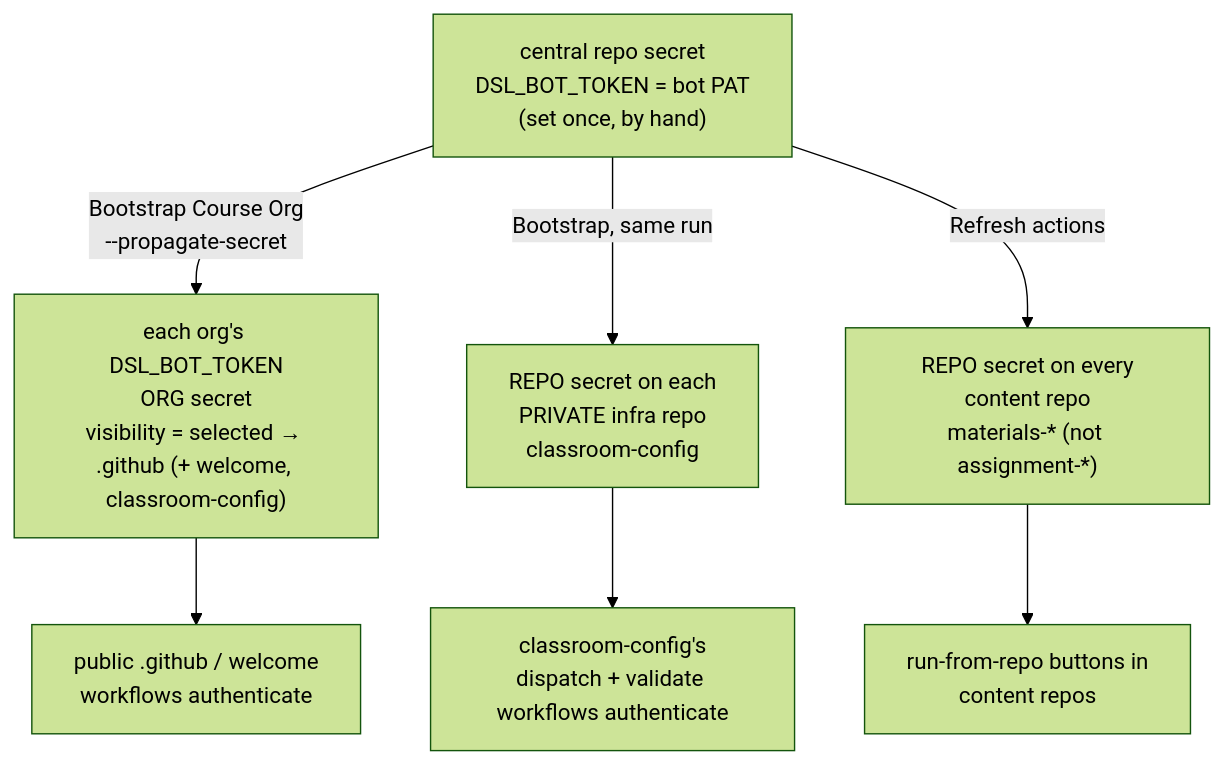
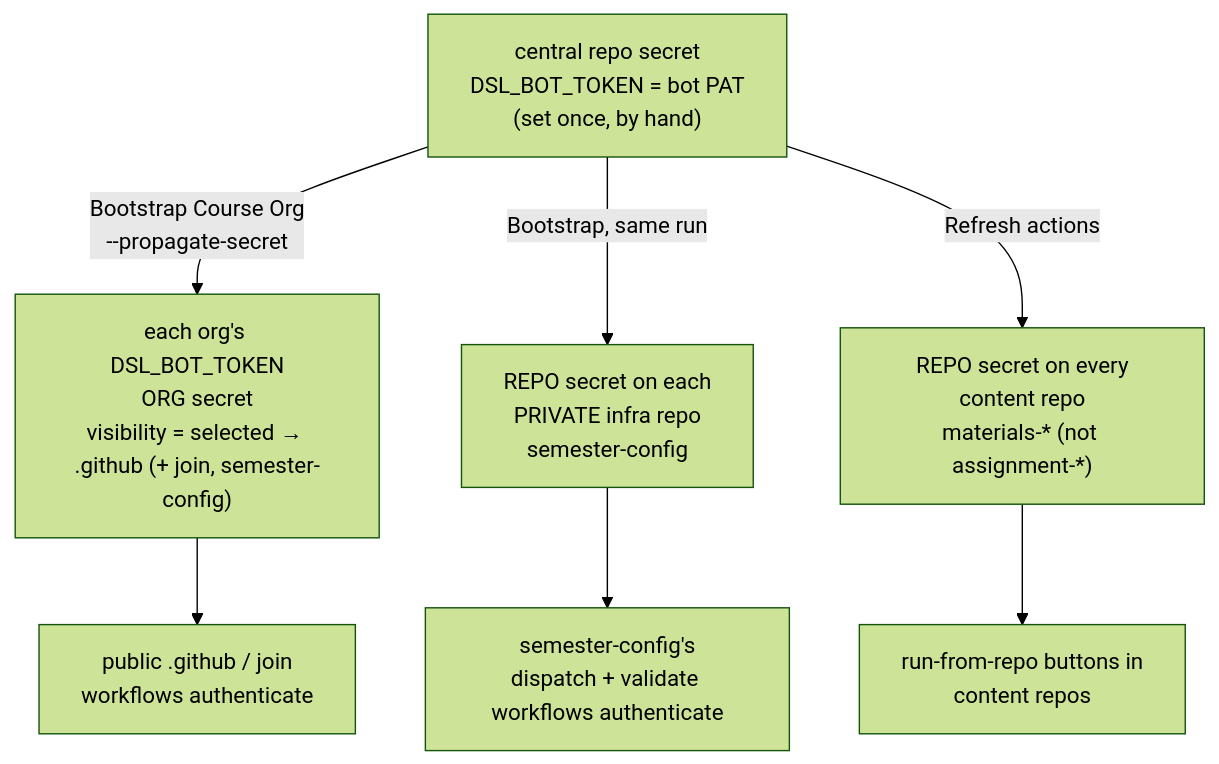
The second of 10 diagrams in docs-admin-arch/architecture.md (hertie-data-science-lab/dsl-teaching-toolkit), drawn with Mermaid (forest theme) before and after one commit. The commit also changed other lines of this file and 290 other files, not shown here.

````diff
--- a/docs-admin-arch/architecture.md
+++ b/docs-admin-arch/architecture.md
@@ -89,22 +89,22 @@
 ```mermaid
 flowchart TD
   src["`central repo secret
 DSL_BOT_TOKEN = bot PAT
 (set once, by hand)`"]
   src -->|"`Bootstrap Course Org
 --propagate-secret`"| orgsec["`each org's DSL_BOT_TOKEN
 ORG secret
-visibility = selected → .github (+ welcome, classroom-config)`"]
+visibility = selected → .github (+ join, semester-config)`"]
   src -->|"Bootstrap, same run"| infrasec["`REPO secret on each
 PRIVATE infra repo
-classroom-config`"]
+semester-config`"]
   src -->|"Refresh actions"| reposec["`REPO secret on every
 content repo
 materials-* (not assignment-*)`"]
-  orgsec --> pub["`public .github / welcome
+  orgsec --> pub["`public .github / join
 workflows authenticate`"]
-  infrasec --> disp["`classroom-config's
+  infrasec --> disp["`semester-config's
 dispatch + validate workflows authenticate`"]
   reposec --> priv["`run-from-repo buttons in
 content repos`"]
 ```
````
